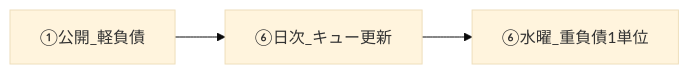
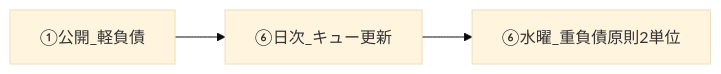
Before and after one commit to toolarcdev/toolarc-web: the diagram in docs/ai-context/debt-paydown-workflow.md, drawn with Mermaid (base theme). The commit also changed other lines of this file and 6 other files, not shown here.

````diff
--- a/docs/ai-context/debt-paydown-workflow.md
+++ b/docs/ai-context/debt-paydown-workflow.md
@@ -23,7 +25,7 @@
 ```mermaid
 flowchart LR
   publish[①公開_軽負債]
   daily[⑥日次_キュー更新]
-  weekly[⑥水曜_重負債1単位]
+  weekly[⑥水曜_重負債原則2単位]
   publish --> daily --> weekly
 ```
````
